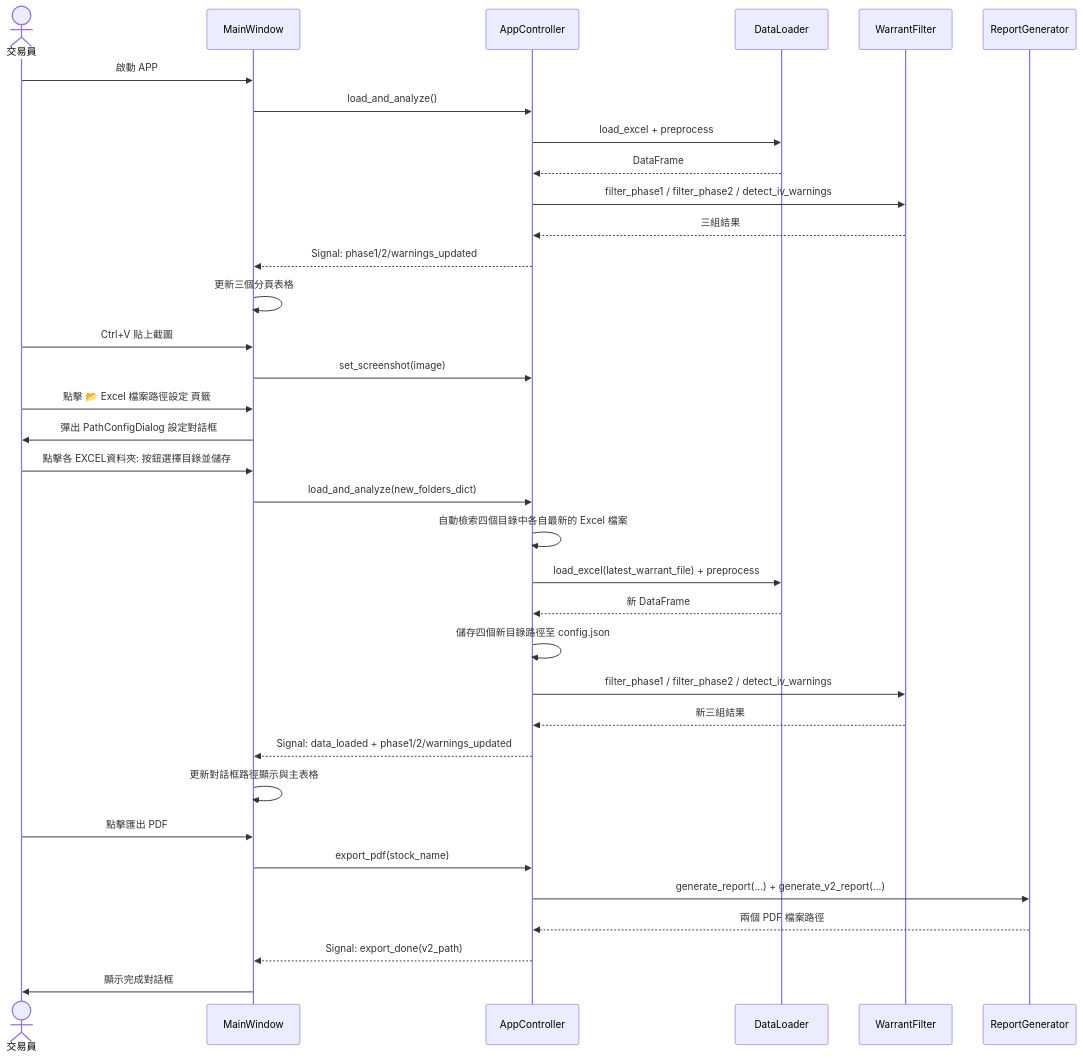
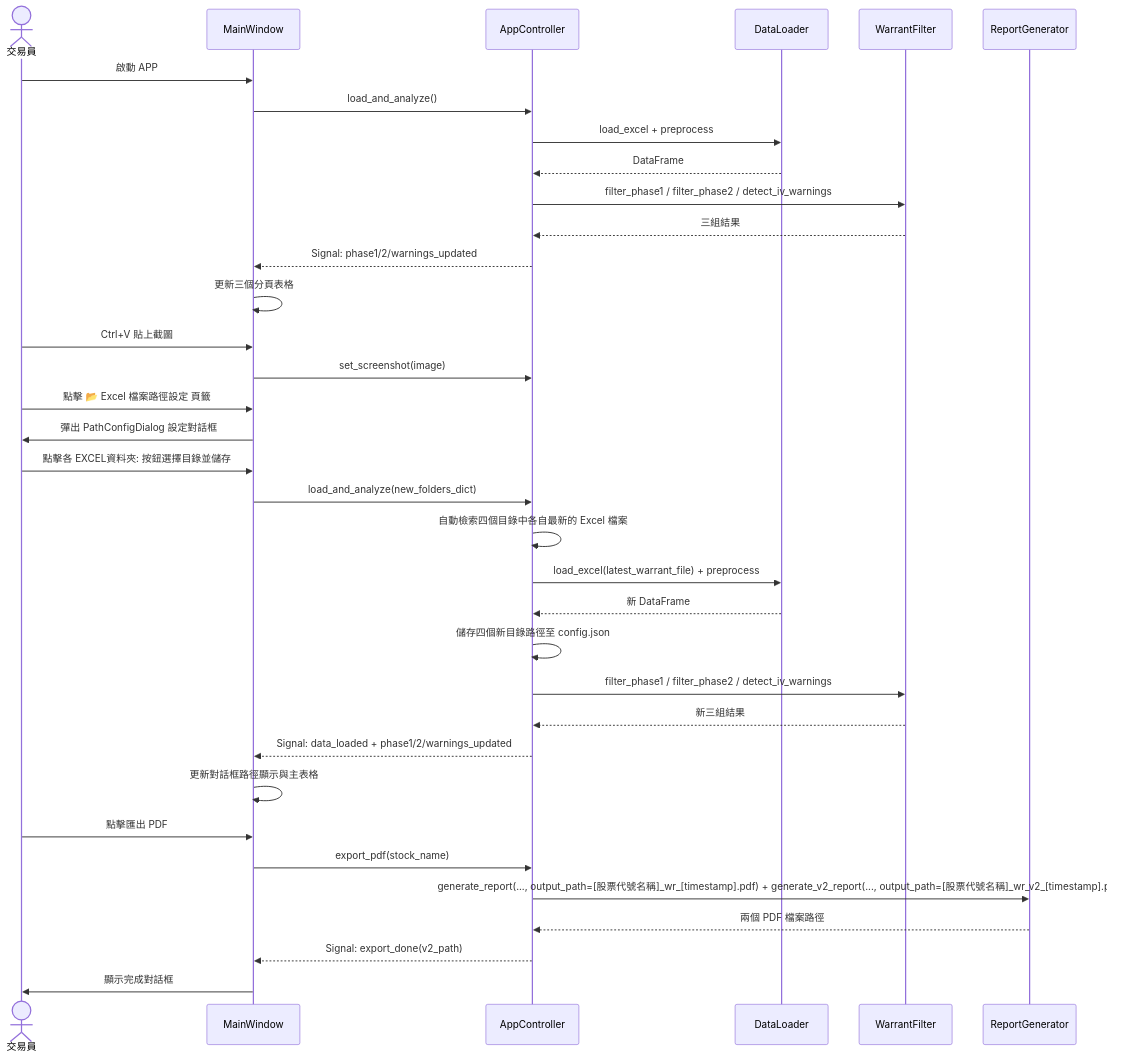
One commit to kkla1016/w-insight changed the fifth of 13 diagrams in spec.md. Above: the diagram before and after it, drawn with Mermaid. The commit also changed other lines of this file and 3 other files, not shown here.

Commit message:
feat: format PDF export filenames with stock code/name and wr abbreviation, including unified timestamp for batch exports

````diff
--- a/spec.md
+++ b/spec.md
@@ -158,41 +158,41 @@
 ```mermaid
 sequenceDiagram
     actor User as 交易員
     participant MW as MainWindow
     participant AC as AppController
     participant DL as DataLoader
     participant WF as WarrantFilter
     participant RG as ReportGenerator
 
     User->>MW: 啟動 APP
     MW->>AC: load_and_analyze()
     AC->>DL: load_excel + preprocess
     DL-->>AC: DataFrame
     AC->>WF: filter_phase1 / filter_phase2 / detect_iv_warnings
     WF-->>AC: 三組結果
     AC-->>MW: Signal: phase1/2/warnings_updated
     MW->>MW: 更新三個分頁表格
 
     User->>MW: Ctrl+V 貼上截圖
     MW->>AC: set_screenshot(image)
 
     User->>MW: 點擊 📂 Excel 檔案路徑設定 頁籤
     MW->>User: 彈出 PathConfigDialog 設定對話框
     User->>MW: 點擊各 EXCEL資料夾: 按鈕選擇目錄並儲存
     MW->>AC: load_and_analyze(new_folders_dict)
     AC->>AC: 自動檢索四個目錄中各自最新的 Excel 檔案
     AC->>DL: load_excel(latest_warrant_file) + preprocess
     DL-->>AC: 新 DataFrame
     AC->>AC: 儲存四個新目錄路徑至 config.json
     AC->>WF: filter_phase1 / filter_phase2 / detect_iv_warnings
     WF-->>AC: 新三組結果
     AC-->>MW: Signal: data_loaded + phase1/2/warnings_updated
     MW->>MW: 更新對話框路徑顯示與主表格
 
     User->>MW: 點擊匯出 PDF
     MW->>AC: export_pdf(stock_name)
-    AC->>RG: generate_report(...) + generate_v2_report(...)
+    AC->>RG: generate_report(..., output_path=[股票代號名稱]_wr_[timestamp].pdf) + generate_v2_report(..., output_path=[股票代號名稱]_wr_v2_[timestamp].pdf)
     RG-->>AC: 兩個 PDF 檔案路徑
     AC-->>MW: Signal: export_done(v2_path)
     MW->>User: 顯示完成對話框
 ```
````
